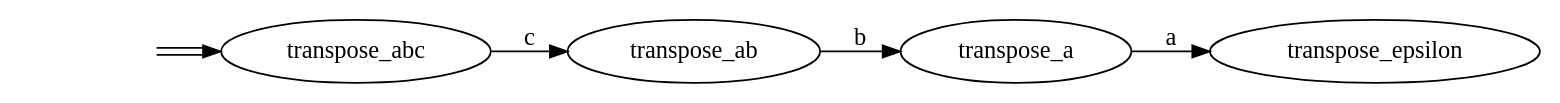
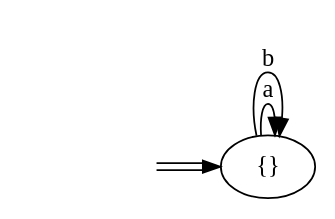
Before and after one commit to Christopher-Caroni/L3INFO: the diagram in TDM5/ael/automate-test-result.dot, drawn with Graphviz. The commit also changed 4 other files, not shown here.

```diff
--- a/TDM5/ael/automate-test-result.dot
+++ b/TDM5/ael/automate-test-result.dot
@@ -1,8 +1,7 @@
 digraph Automaton { 
   rankdir = LR
-  0 [label="transpose_epsilon"];  1 [label="transpose_a"];  2 [label="transpose_ab"];  3 [label="transpose_abc"];  start3 [style=invis]
-  start3 -> 3[color="black:white:black"]
-  1 -> 0 [label = "a" ]
-  2 -> 1 [label = "b" ]
-  3 -> 2 [label = "c" ]
+  0 [label="{}"];  start0 [style=invis]
+  start0 -> 0[color="black:white:black"]
+  0 -> 0 [label = "a" ]
+  0 -> 0 [label = "b" ]
 }
```
